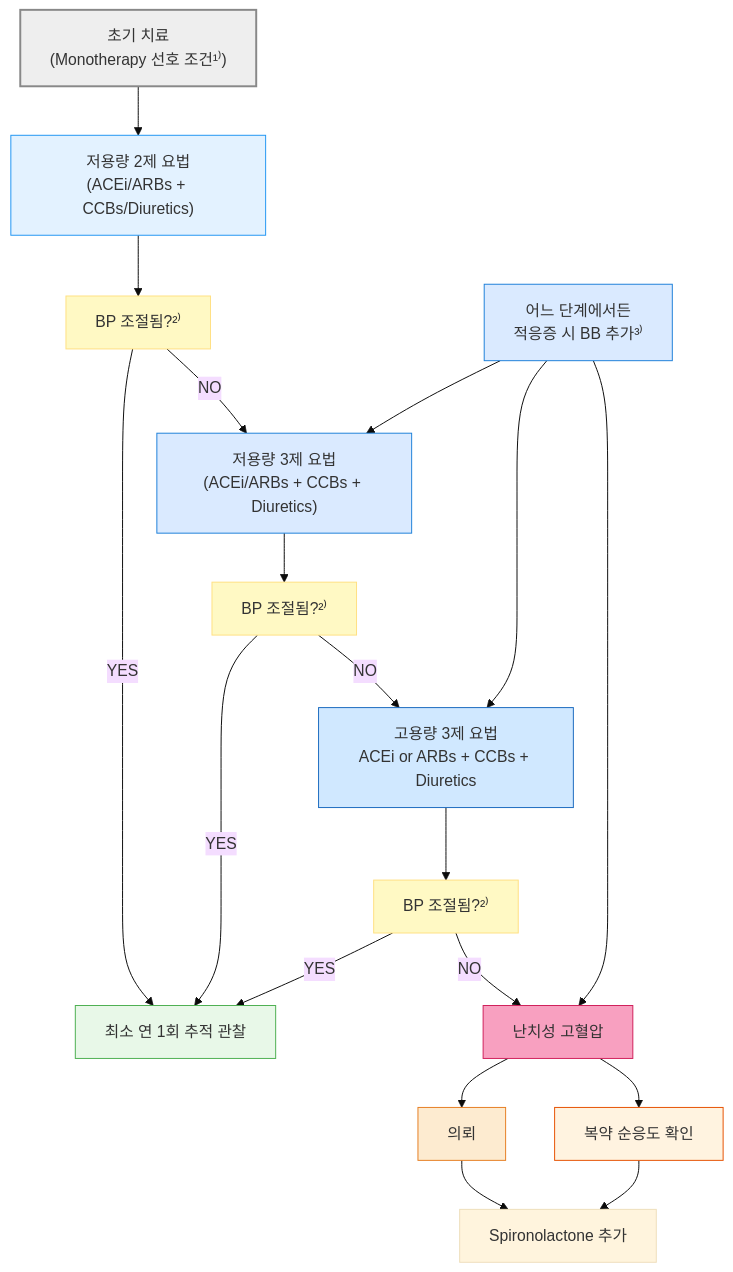
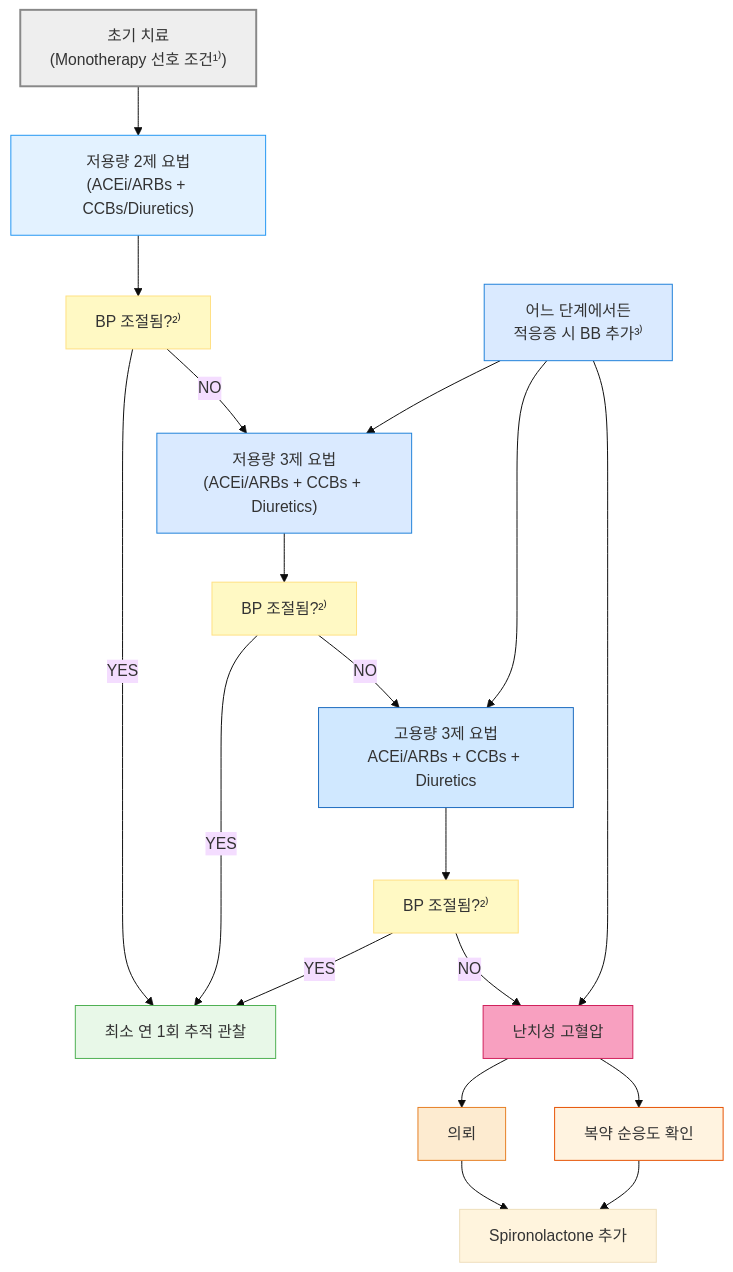
One commit to familyoh77/familyoh77 changed the fourth of 10 diagrams in 225_/095_-hypertension.md. Above: the diagram before and after it, drawn with Mermaid (base theme). The commit also changed other lines of this file, not shown here.

````diff
--- a/225_/095_-hypertension.md
+++ b/225_/095_-hypertension.md
@@ -907,48 +907,48 @@
 ```mermaid
 graph TD
     Start["초기 치료 <br/>(Monotherapy 선호 조건¹⁾)"]
 style Start fill:#eeeeee,stroke:#888888,stroke-width:2px
     T1["저용량 2제 요법<br/>(ACEi/ARBs + CCBs/Diuretics)"]  
     T2["저용량 3제 요법<br/>(ACEi/ARBs + CCBs + Diuretics)"]
-    T3["고용량 3제 요법<br/>ACEi or ARBs + CCBs + Diuretics"]
+    T3["고용량 3제 요법<br/>ACEi/ARBs + CCBs + Diuretics"]
 style T1 fill:#e3f2ff,stroke:#2196f3
 style T2 fill:#daeaff,stroke:#1e80d9
 style T3 fill:#d0e8ff,stroke:#1a6abf
     Check1["BP 조절됨?²⁾"]
     Check2["BP 조절됨?²⁾"]
     Check3["BP 조절됨?²⁾"]
 classDef yellow fill:#fff9c4,stroke:#ffe082
 class Check1,Check2,Check3 yellow
     Resistant["난치성 고혈압"]
 style Resistant fill:#f8a0c0,stroke:#d01f5a
     Action1["의뢰"]
 style Action1 fill:#fdebd0,stroke:#e67e22
     Action2["복약 순응도 확인"]
 style Action2 fill:#fff3e0,stroke:#e65100
     Action3["Spironolactone 추가"]
 
     Beta["어느 단계에서든<br/>적응증 시 BB 추가³⁾"]
 style Beta fill:#daeaff,stroke:#1e80d9
     FU["최소 연 1회 추적 관찰"]
 style FU fill:#e8f8e8,stroke:#4caf50
     Start --> T1
     T1 --> Check1
     Check1 -- YES --> FU
     Check1 -- NO --> T2
     
     T2 --> Check2
     Check2 -- YES --> FU
     Check2 -- NO --> T3
     
     T3 --> Check3
     Check3 -- YES --> FU
     Check3 -- NO --> Resistant
     
     Resistant --> Action1
     Resistant --> Action2
     Action1 --> Action3
     Action2 --> Action3
     Beta --> T2
     Beta --> T3
     Beta --> Resistant
 ```
````
